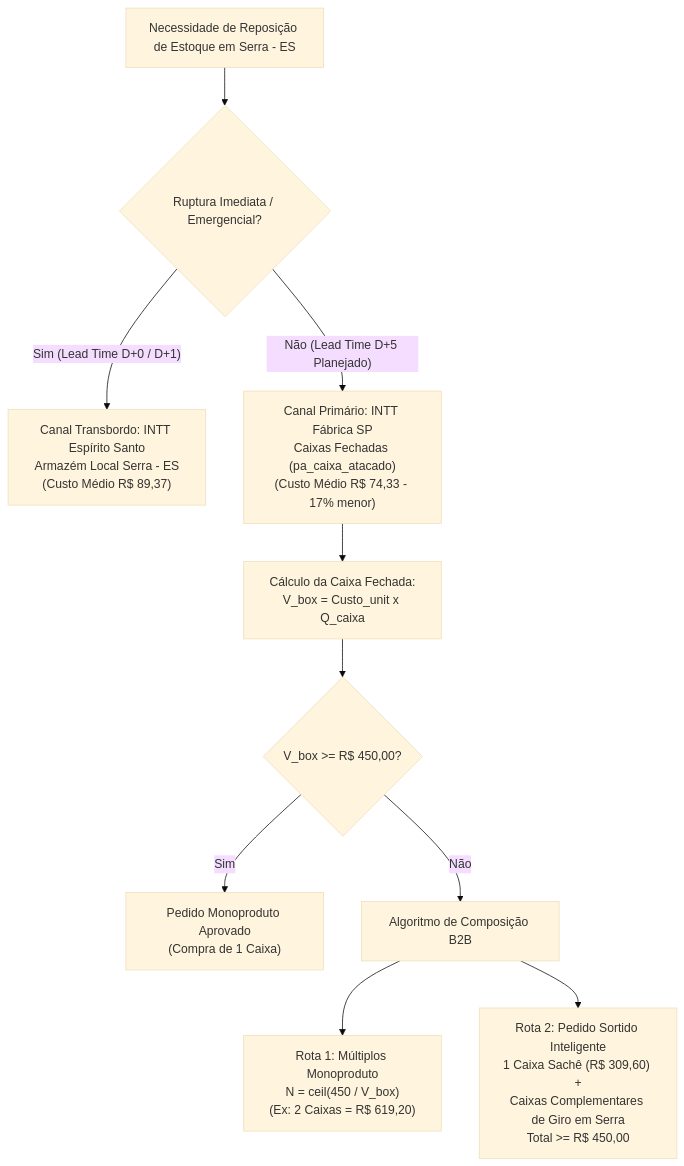
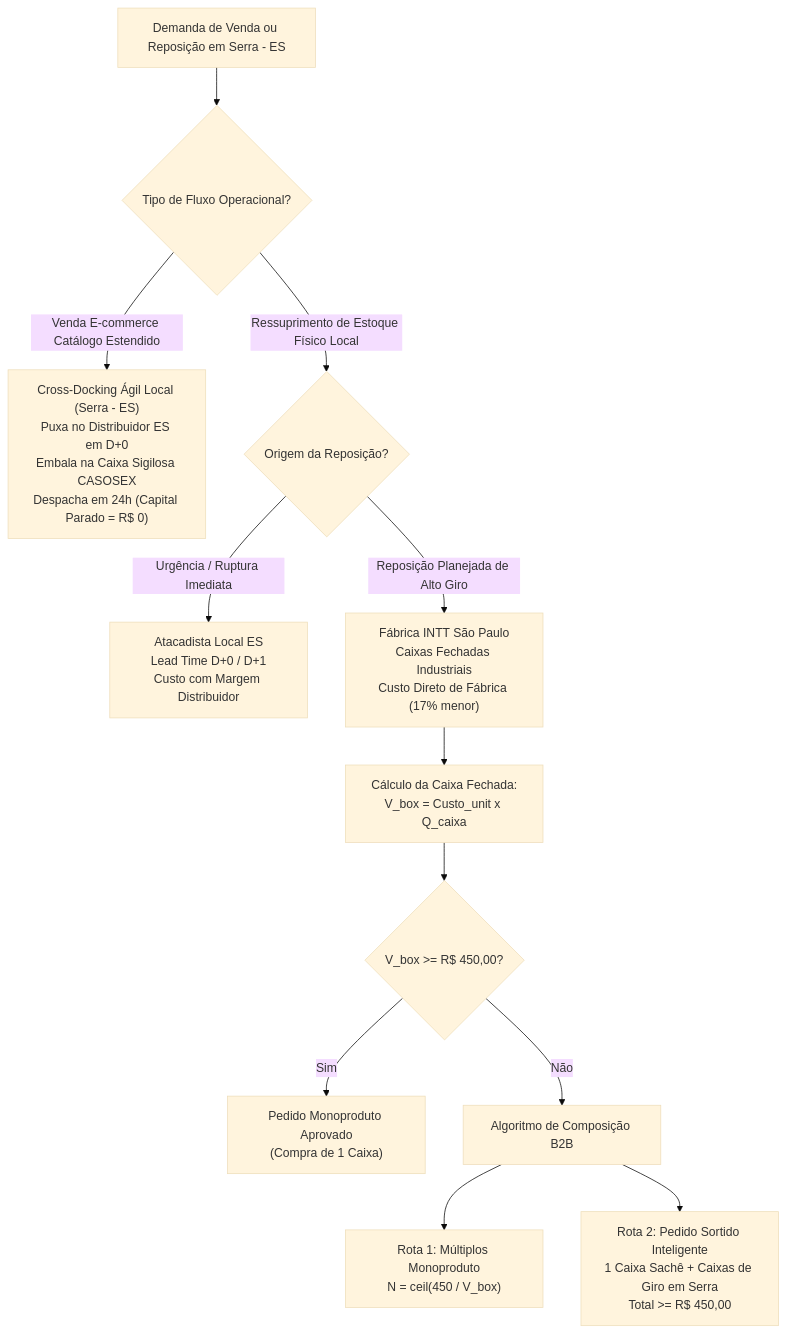
One commit to jgdeamorim/casosex changed the diagram in docs/adr/0248-casosex-dual-supply-sp-es-b2b-moq-box-attributes-and-assorted-replenishment.md. Above: the diagram before and after it, drawn with Mermaid (base theme). The commit also changed other lines of this file, not shown here.

Commit message:
docs(adr): adiciona cross-docking híbrido e faixas estimativas de reposição à ADR-0248

````diff
--- a/docs/adr/0248-casosex-dual-supply-sp-es-b2b-moq-box-attributes-and-assorted-replenishment.md
+++ b/docs/adr/0248-casosex-dual-supply-sp-es-b2b-moq-box-attributes-and-assorted-replenishment.md
@@ -37,13 +39,19 @@
 ```mermaid
 graph TD
-    A["Necessidade de Reposição de Estoque em Serra - ES"] --> B{"Ruptura Imediata / Emergencial?"}
-    B -- "Sim (Lead Time D+0 / D+1)" --> C["Canal Transbordo: INTT Espírito Santo<br>Armazém Local Serra - ES<br>(Custo Médio R$ 89,37)"]
-    B -- "Não (Lead Time D+5 Planejado)" --> D["Canal Primário: INTT Fábrica SP<br>Caixas Fechadas (pa_caixa_atacado)<br>(Custo Médio R$ 74,33 - 17% menor)"]
+    A["Demanda de Venda ou Reposição em Serra - ES"] --> B{"Tipo de Fluxo Operacional?"}
     
-    D --> E["Cálculo da Caixa Fechada:<br>V_box = Custo_unit x Q_caixa"]
-    E --> F{"V_box >= R$ 450,00?"}
-    F -- "Sim" --> G["Pedido Monoproduto Aprovado<br>(Compra de 1 Caixa)"]
-    F -- "Não" --> H["Algoritmo de Composição B2B"]
-    H --> I["Rota 1: Múltiplos Monoproduto<br>N = ceil(450 / V_box)<br>(Ex: 2 Caixas = R$ 619,20)"]
-    H --> J["Rota 2: Pedido Sortido Inteligente<br>1 Caixa Sachê (R$ 309,60) +<br>Caixas Complementares de Giro em Serra<br>Total >= R$ 450,00"]
+    B -- "Venda E-commerce Catálogo Estendido" --> C["Cross-Docking Ágil Local (Serra - ES)<br>Puxa no Distribuidor ES em D+0<br>Embala na Caixa Sigilosa CASOSEX<br>Despacha em 24h (Capital Parado = R$ 0)"]
+    
+    B -- "Ressuprimento de Estoque Físico Local" --> D{"Origem da Reposição?"}
+    
+    D -- "Urgência / Ruptura Imediata" --> E["Atacadista Local ES<br>Lead Time D+0 / D+1<br>Custo com Margem Distribuidor"]
+    
+    D -- "Reposição Planejada de Alto Giro" --> F["Fábrica INTT São Paulo<br>Caixas Fechadas Industriais<br>Custo Direto de Fábrica (17% menor)"]
+    
+    F --> G["Cálculo da Caixa Fechada:<br>V_box = Custo_unit x Q_caixa"]
+    G --> H{"V_box >= R$ 450,00?"}
+    H -- "Sim" --> I["Pedido Monoproduto Aprovado<br>(Compra de 1 Caixa)"]
+    H -- "Não" --> J["Algoritmo de Composição B2B"]
+    J --> K["Rota 1: Múltiplos Monoproduto<br>N = ceil(450 / V_box)"]
+    J --> L["Rota 2: Pedido Sortido Inteligente<br>1 Caixa Sachê + Caixas de Giro em Serra<br>Total >= R$ 450,00"]
 ```
````
